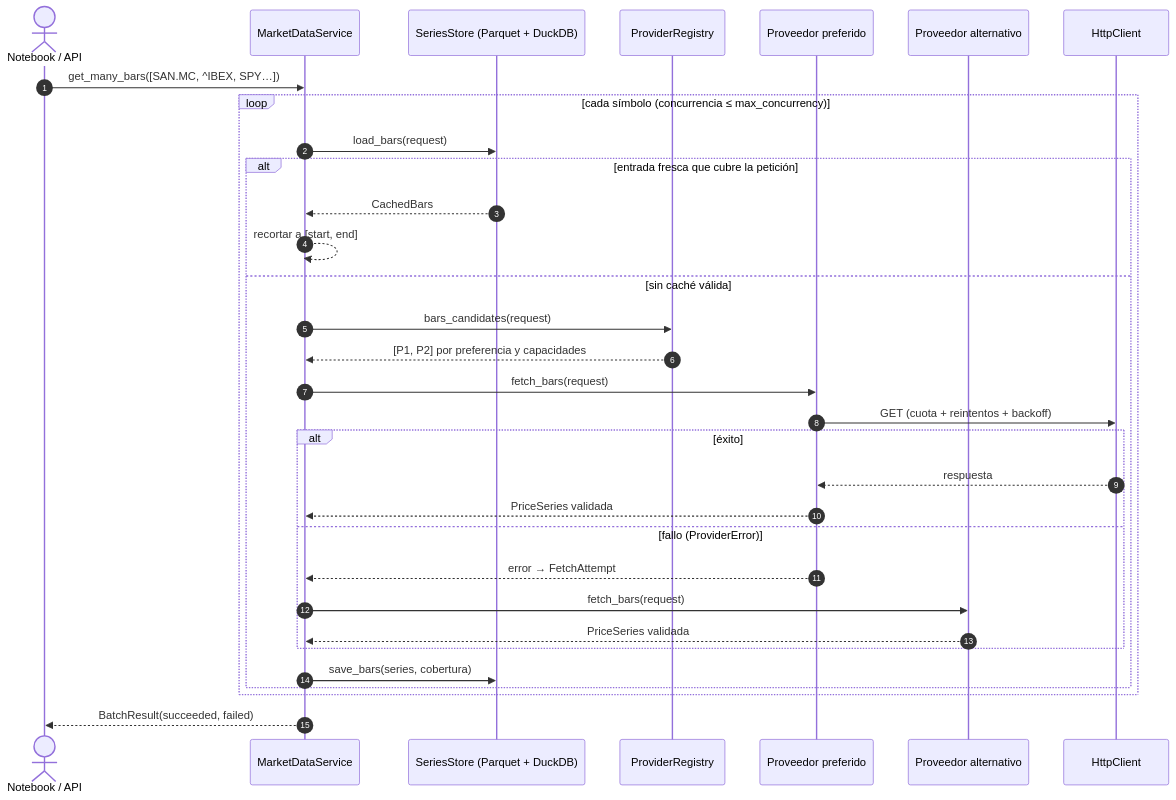
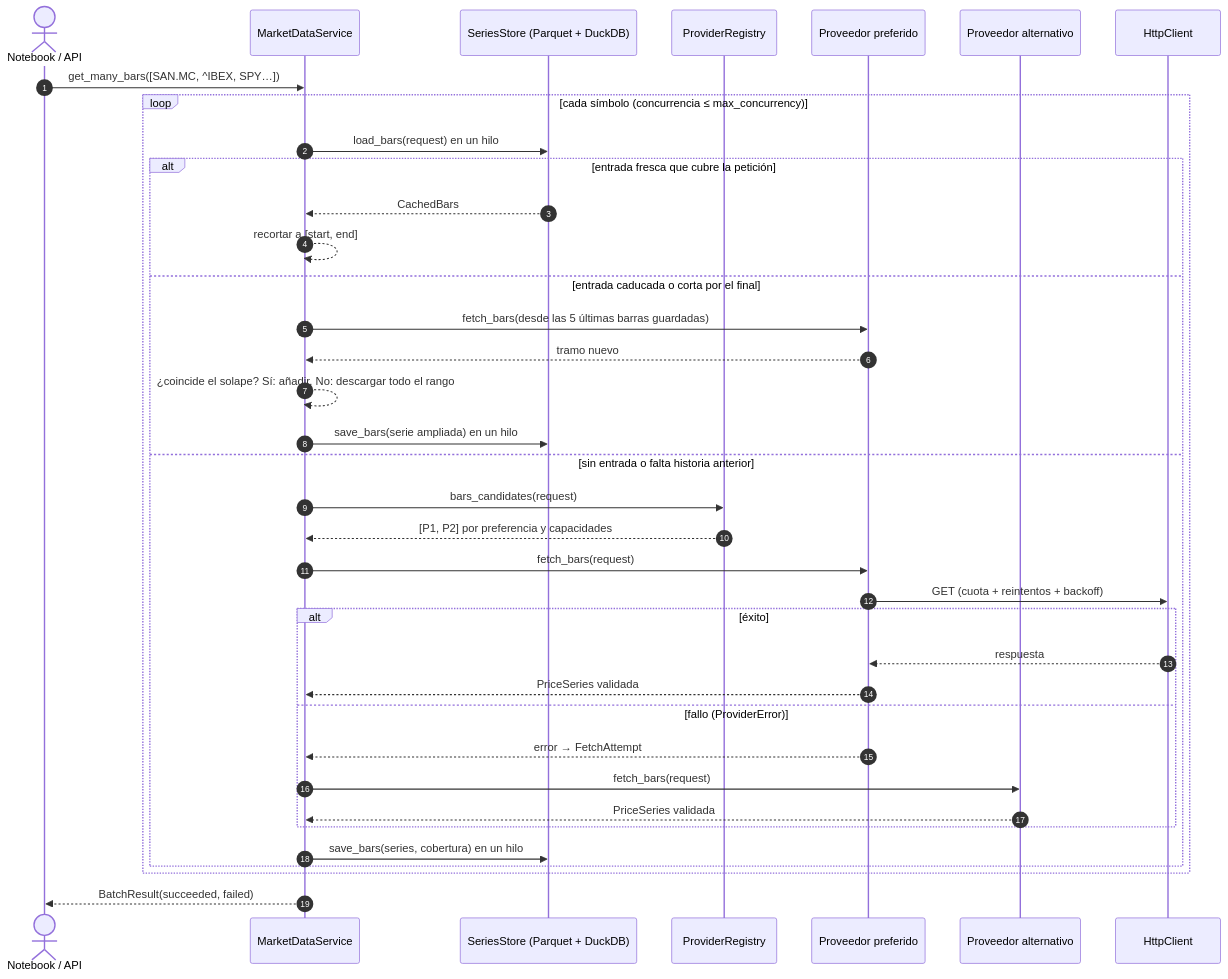
One commit to JAVIIFDEEZ/Finances changed the diagram in docs/architecture/ingestion.md. Above: the diagram before and after it, drawn with Mermaid. The commit also changed other lines of this file and 7 other files, not shown here.

````diff
--- a/docs/architecture/ingestion.md
+++ b/docs/architecture/ingestion.md
@@ -8,35 +9,40 @@
 ```mermaid
 sequenceDiagram
     autonumber
     actor U as Notebook / API
     participant S as MarketDataService
     participant C as SeriesStore (Parquet + DuckDB)
     participant R as ProviderRegistry
     participant P1 as Proveedor preferido
     participant P2 as Proveedor alternativo
     participant H as HttpClient
 
     U->>S: get_many_bars([SAN.MC, ^IBEX, SPY…])
     loop cada símbolo (concurrencia ≤ max_concurrency)
-        S->>C: load_bars(request)
+        S->>C: load_bars(request) en un hilo
         alt entrada fresca que cubre la petición
             C-->>S: CachedBars
             S-->>S: recortar a [start, end]
-        else sin caché válida
+        else entrada caducada o corta por el final
+            S->>P1: fetch_bars(desde las 5 últimas barras guardadas)
+            P1-->>S: tramo nuevo
+            S-->>S: ¿coincide el solape? Sí: añadir. No: descargar todo el rango
+            S->>C: save_bars(serie ampliada) en un hilo
+        else sin entrada o falta historia anterior
             S->>R: bars_candidates(request)
             R-->>S: [P1, P2] por preferencia y capacidades
             S->>P1: fetch_bars(request)
             P1->>H: GET (cuota + reintentos + backoff)
             alt éxito
                 H-->>P1: respuesta
                 P1-->>S: PriceSeries validada
             else fallo (ProviderError)
                 P1-->>S: error → FetchAttempt
                 S->>P2: fetch_bars(request)
                 P2-->>S: PriceSeries validada
             end
-            S->>C: save_bars(series, cobertura)
+            S->>C: save_bars(series, cobertura) en un hilo
         end
     end
     S-->>U: BatchResult(succeeded, failed)
 ```
````
